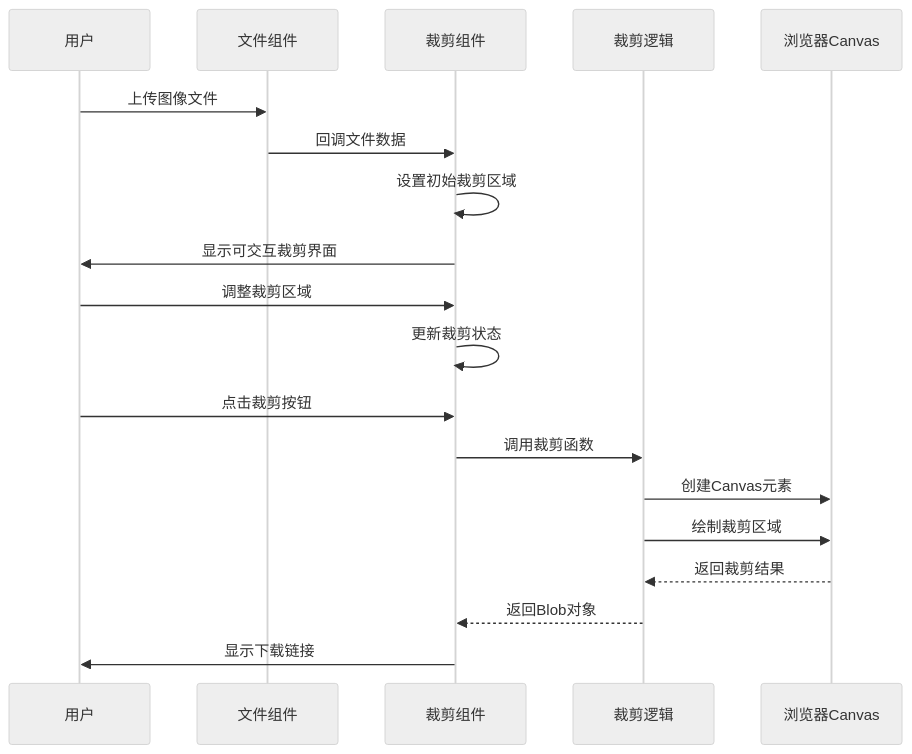
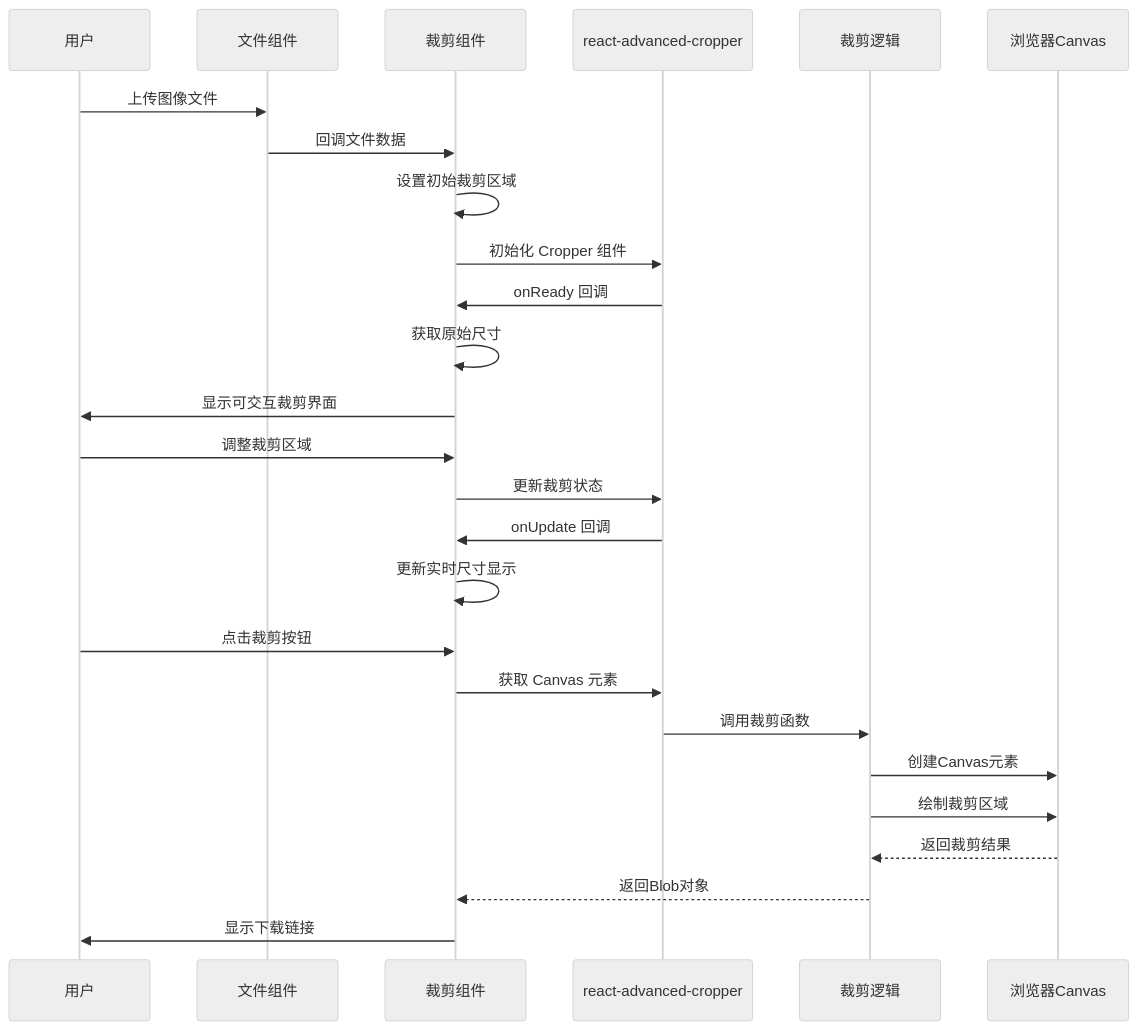
Before and after one commit to sgyy/privadeck: the third of 12 diagrams in .qoder/repowiki/zh/content/图像工具/图像裁剪.md, drawn with Mermaid (neutral theme). The commit also changed other lines of this file and 3 other files, not shown here.

First line of the commit message:
feat(image-crop): 升级图像裁剪工具集成 react-advanced-cropper

````diff
--- a/.qoder/repowiki/zh/content/图像工具/图像裁剪.md
+++ b/.qoder/repowiki/zh/content/图像工具/图像裁剪.md
@@ -140,21 +160,28 @@
 ```mermaid
 sequenceDiagram
 participant U as 用户
 participant FC as 文件组件
 participant IC as 裁剪组件
+participant RC as react-advanced-cropper
 participant CL as 裁剪逻辑
 participant BC as 浏览器Canvas
 U->>FC : 上传图像文件
 FC->>IC : 回调文件数据
 IC->>IC : 设置初始裁剪区域
+IC->>RC : 初始化 Cropper 组件
+RC->>IC : onReady 回调
+IC->>IC : 获取原始尺寸
 IC->>U : 显示可交互裁剪界面
 U->>IC : 调整裁剪区域
-IC->>IC : 更新裁剪状态
+IC->>RC : 更新裁剪状态
+RC->>IC : onUpdate 回调
+IC->>IC : 更新实时尺寸显示
 U->>IC : 点击裁剪按钮
-IC->>CL : 调用裁剪函数
+IC->>RC : 获取 Canvas 元素
+RC->>CL : 调用裁剪函数
 CL->>BC : 创建Canvas元素
 CL->>BC : 绘制裁剪区域
 BC-->>CL : 返回裁剪结果
 CL-->>IC : 返回Blob对象
 IC->>U : 显示下载链接
 ```
````
